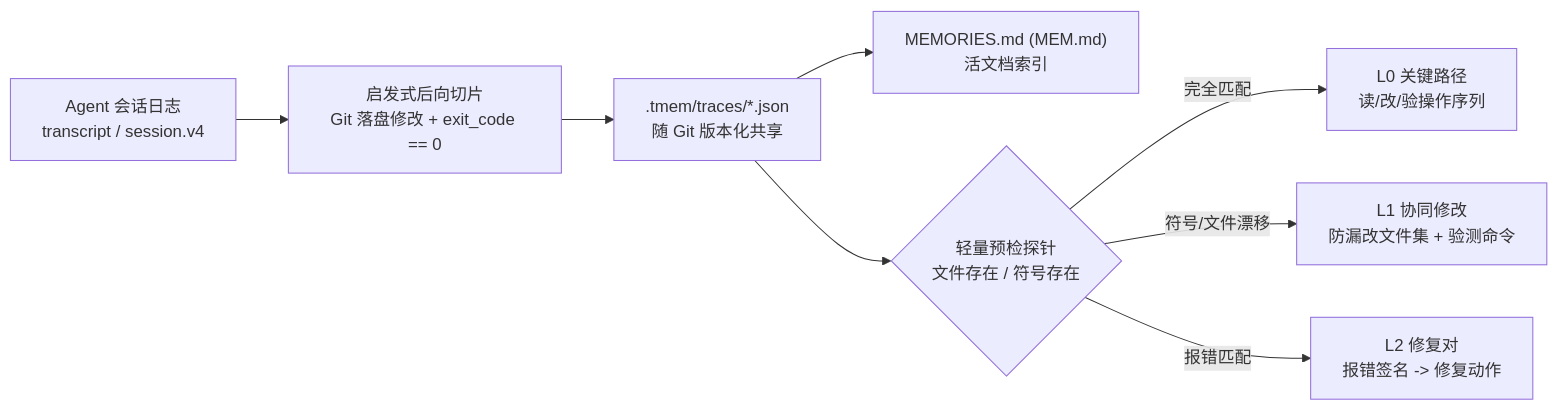
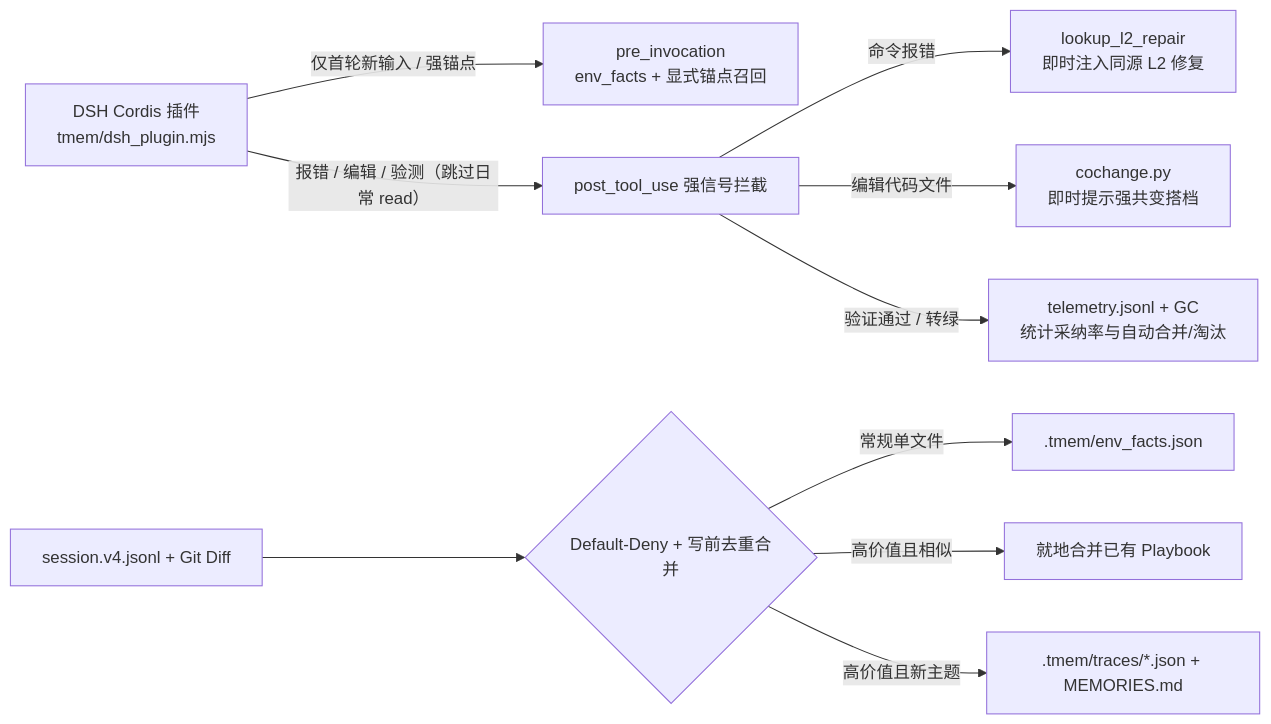
The diagram in README.md (kentzjh-cmd/tmem), drawn with Mermaid before and after one commit. The commit also changed other lines of this file and 44 other files, not shown here.

Commit message:
feat(dsh): overhaul tmem for DSH-only precision memory, zero-token session digests, and telemetry

````diff
--- a/README.md
+++ b/README.md
@@ -46,10 +48,12 @@
 ```mermaid
 flowchart LR
-    Log["Agent 会话日志<br/>transcript / session.v4"] --> Slice["启发式后向切片<br/>Git 落盘修改 + exit_code == 0"]
-    Slice --> Traces[".tmem/traces/*.json<br/>随 Git 版本化共享"]
-    Traces --> Sync["MEMORIES.md (MEM.md)<br/>活文档索引"]
-    Traces --> Guard{"轻量预检探针<br/>文件存在 / 符号存在"}
-    Guard -->|"完全匹配"| L0["L0 关键路径<br/>读/改/验操作序列"]
-    Guard -->|"符号/文件漂移"| L1["L1 协同修改<br/>防漏改文件集 + 验测命令"]
-    Guard -->|"报错匹配"| L2["L2 修复对<br/>报错签名 -> 修复动作"]
+    DSH["DSH Cordis 插件<br/>tmem/dsh_plugin.mjs"] -->|"仅首轮新输入 / 强锚点"| Pre["pre_invocation<br/>env_facts + 显式锚点召回"]
+    DSH -->|"报错 / 编辑 / 验测（跳过日常 read）"| Post["post_tool_use 强信号拦截"]
+    Post -->|"命令报错"| L2["lookup_l2_repair<br/>即时注入同源 L2 修复"]
+    Post -->|"编辑代码文件"| L1["cochange.py<br/>即时提示强共变搭档 <tmem_cochange_hint>"]
+    Post -->|"验证通过 / 转绿"| Tel["telemetry.jsonl + GC<br/>统计采纳率与自动合并/淘汰"]
+    Log["session.v4.jsonl + Git Diff"] --> Gate{"Default-Deny + 写前去重合并"}
+    Gate -->|"常规单文件"| Env[".tmem/env_facts.json"]
+    Gate -->|"高价值且相似"| Merge["就地合并已有 Playbook"]
+    Gate -->|"高价值且新主题"| Traces[".tmem/traces/*.json + MEMORIES.md"]
 ```
````
